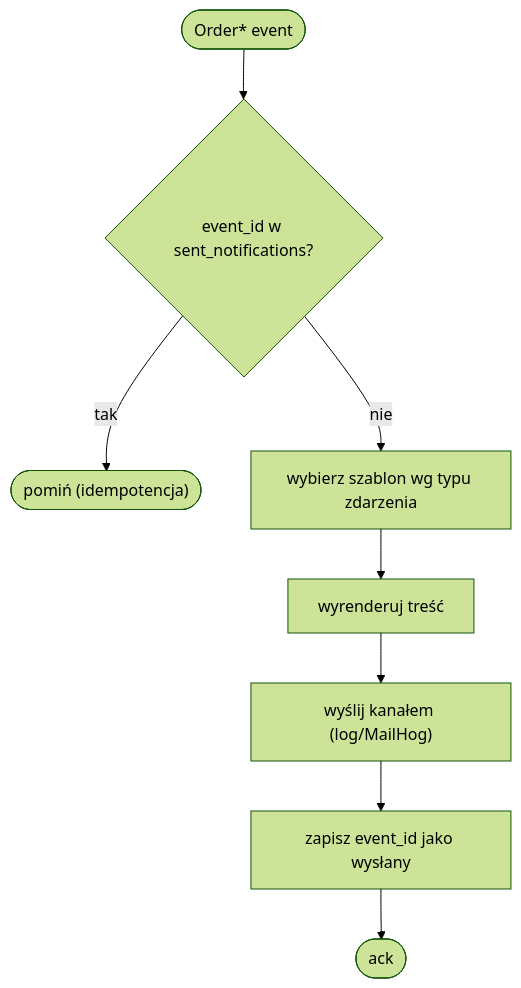
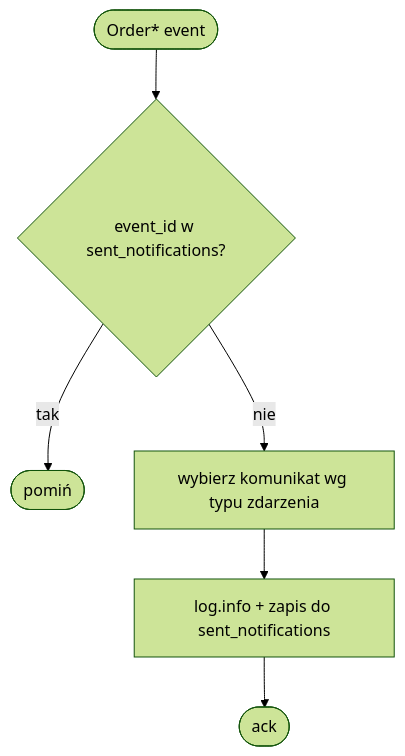
Before and after one commit to ai-bot-playground/shop-notification: the second of 2 diagrams in README.md, drawn with Mermaid (forest theme). The commit also changed other lines of this file, not shown here.

Commit message:
Update README.md to clarify service functionality and Kafka event handling

````diff
--- a/README.md
+++ b/README.md
@@ -59,10 +67,8 @@
 ```mermaid
 flowchart TD
     A(["Order* event"]) --> B{"event_id w sent_notifications?"}
-    B -- tak --> Z(["pomiń (idempotencja)"])
-    B -- nie --> C["wybierz szablon wg typu zdarzenia"]
-    C --> D["wyrenderuj treść"]
-    D --> E["wyślij kanałem (log/MailHog)"]
-    E --> F["zapisz event_id jako wysłany"]
-    F --> Z2(["ack"])
+    B -- tak --> Z(["pomiń"])
+    B -- nie --> C["wybierz komunikat wg typu zdarzenia"]
+    C --> D["log.info + zapis do sent_notifications"]
+    D --> Z2(["ack"])
 ```
````
